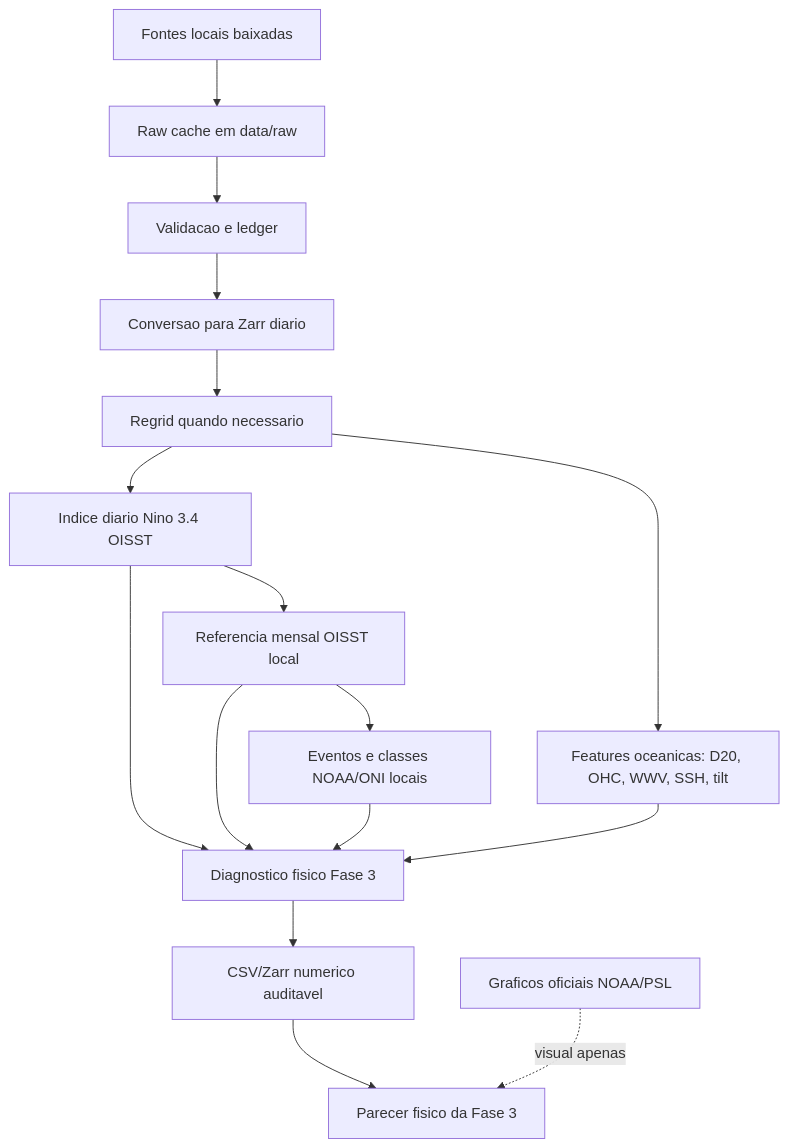
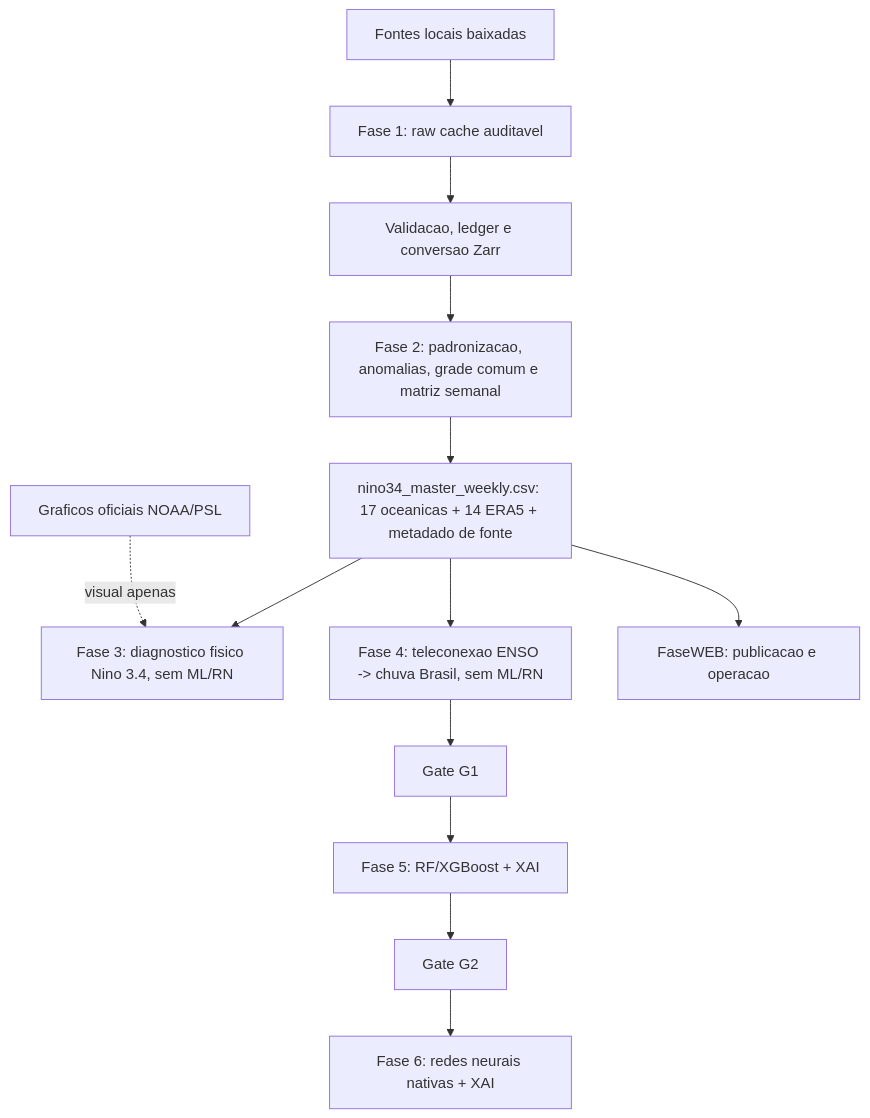
One commit to thiago-vilar/Nino26 changed the diagram in docs/ARQUITETURA.md. Above: the diagram before and after it, drawn with Mermaid. The commit also changed other lines of this file and 69 other files, not shown here.

````diff
--- a/docs/ARQUITETURA.md
+++ b/docs/ARQUITETURA.md
@@ -10,18 +9,15 @@
 ```mermaid
 flowchart TD
-    A["Fontes locais baixadas"] --> B["Raw cache em data/raw"]
-    B --> C["Validacao e ledger"]
-    C --> D["Conversao para Zarr diario"]
-    D --> E["Regrid quando necessario"]
-    E --> F["Indice diario Nino 3.4 OISST"]
-    F --> G["Referencia mensal OISST local"]
-    G --> H["Eventos e classes NOAA/ONI locais"]
-    E --> I["Features oceanicas: D20, OHC, WWV, SSH, tilt"]
-    F --> J["Diagnostico fisico Fase 3"]
-    G --> J
-    H --> J
-    I --> J
-    J --> K["CSV/Zarr numerico auditavel"]
-    K --> L["Parecer fisico da Fase 3"]
-    M["Graficos oficiais NOAA/PSL"] -. "visual apenas" .-> L
+    A["Fontes locais baixadas"] --> B["Fase 1: raw cache auditavel"]
+    B --> C["Validacao, ledger e conversao Zarr"]
+    C --> D["Fase 2: padronizacao, anomalias, grade comum e matriz semanal"]
+    D --> E["nino34_master_weekly.csv: 17 oceanicas + 14 ERA5 + metadado de fonte"]
+    E --> F["Fase 3: diagnostico fisico Nino 3.4, sem ML/RN"]
+    E --> G["Fase 4: teleconexao ENSO -> chuva Brasil, sem ML/RN"]
+    G --> H["Gate G1"]
+    H --> I["Fase 5: RF/XGBoost + XAI"]
+    I --> J["Gate G2"]
+    J --> K["Fase 6: redes neurais nativas + XAI"]
+    E --> L["FaseWEB: publicacao e operacao"]
+    M["Graficos oficiais NOAA/PSL"] -. "visual apenas" .-> F
 ```
````
